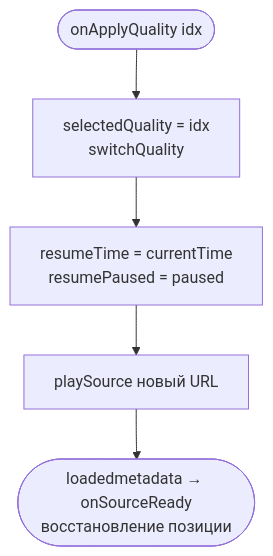
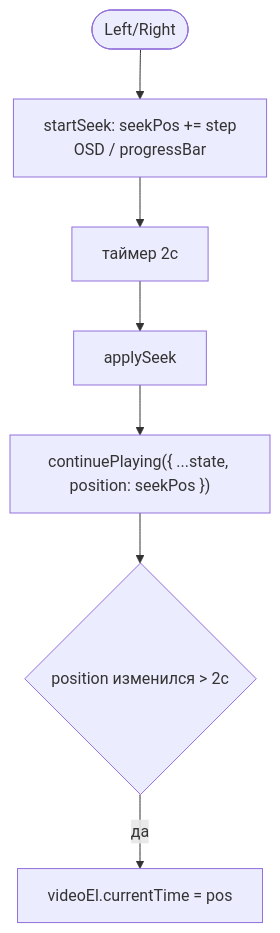
One commit to stdray/yobapub changed the fourth of 8 diagrams in doc/player-flow.md. Above: the diagram before and after it, drawn with Mermaid. The commit also changed other lines of this file, not shown here.

Commit message:
docs: update player-flow.md for PlayState + continuePlaying architecture

````diff
--- a/doc/player-flow.md
+++ b/doc/player-flow.md
@@ -54,7 +81,9 @@
 ```mermaid
 flowchart TD
-    A([onApplyQuality idx]) --> B[selectedQuality = idx\nswitchQuality]
-    B --> C[resumeTime = currentTime\nresumePaused = paused]
-    C --> D[playSource новый URL]
-    D --> E([loadedmetadata → onSourceReady\nвосстановление позиции])
+    A([Left/Right]) --> B[startSeek: seekPos += step\nOSD / progressBar]
+    B --> C[таймер 2с]
+    C --> D[applySeek]
+    D --> E["continuePlaying({ ...state, position: seekPos })"]
+    E --> F{position изменился > 2с}
+    F -- да --> G[videoEl.currentTime = pos]
 ```
````
